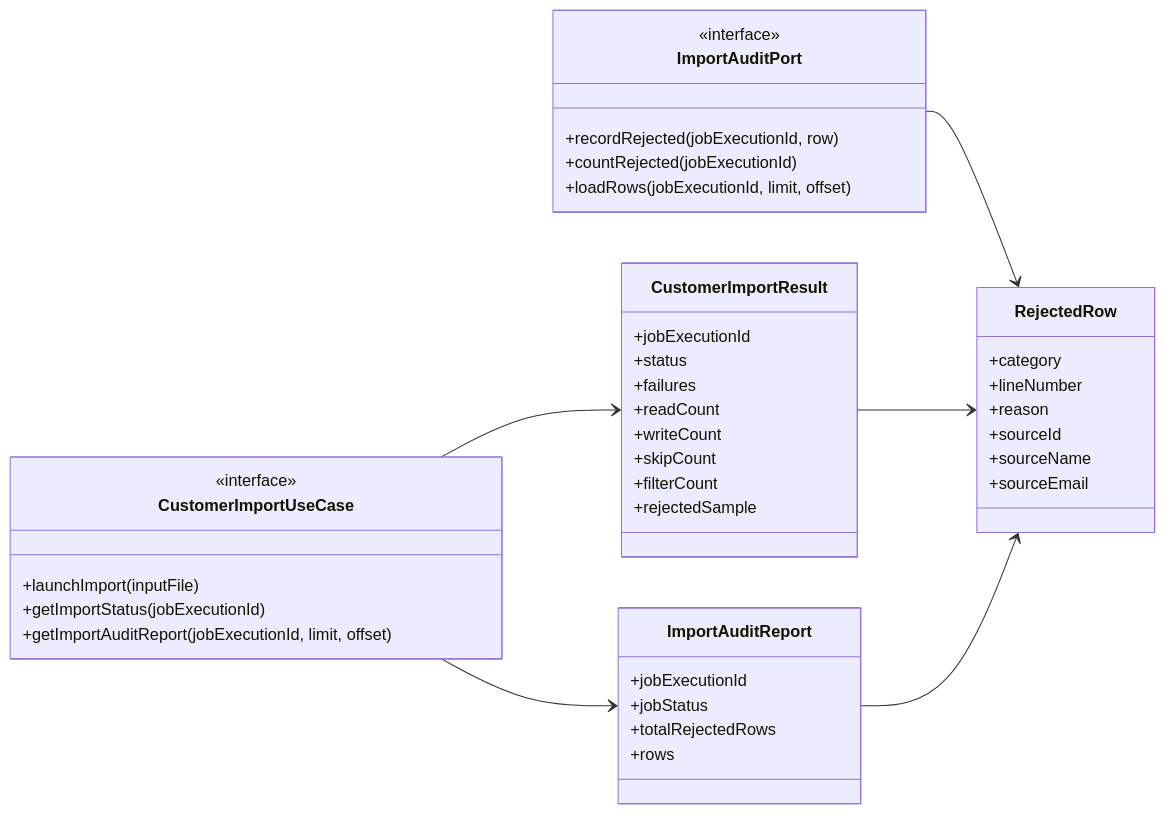
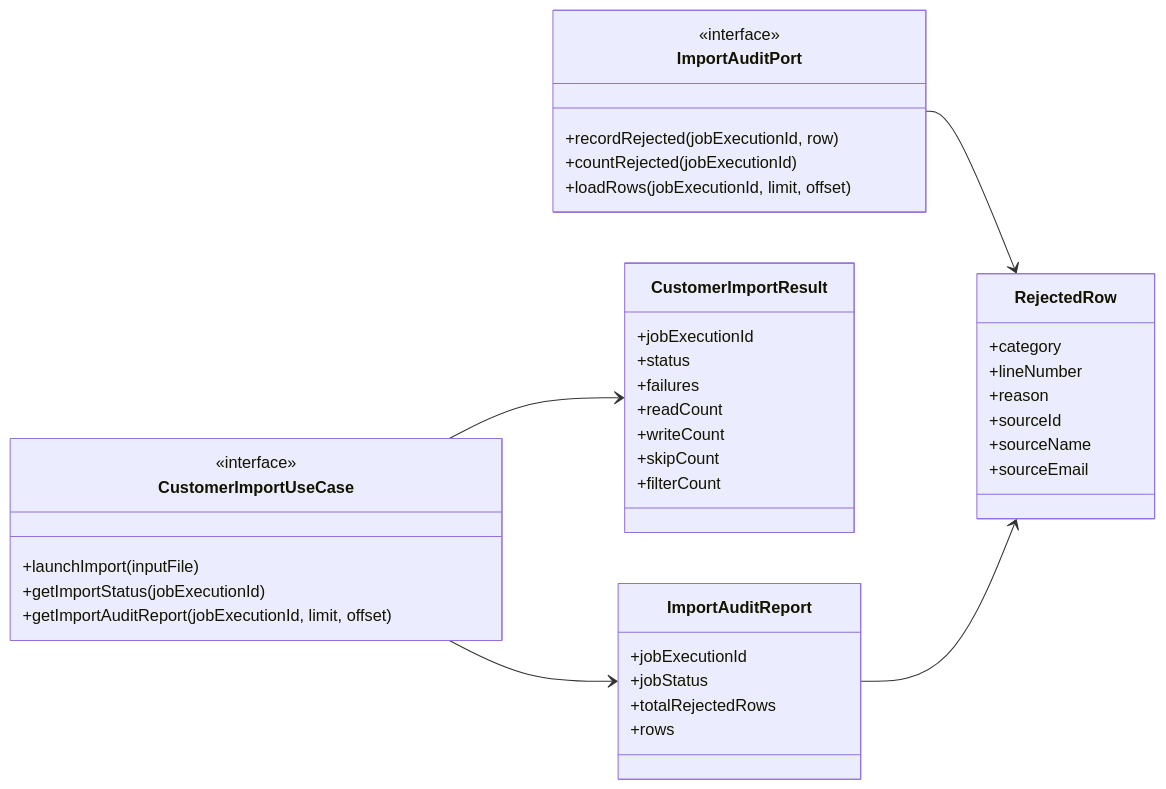
Before and after one commit to My-R360/spring-batch-demo: the third of 6 diagrams in slidev/slides-phase2.md, drawn with Mermaid. The commit also changed other lines of this file and 31 other files, not shown here.

````diff
--- a/slidev/slides-phase2.md
+++ b/slidev/slides-phase2.md
@@ -105,51 +105,49 @@
 ```mermaid
 classDiagram
 direction LR
 
 class CustomerImportUseCase {
   <<interface>>
   +launchImport(inputFile)
   +getImportStatus(jobExecutionId)
   +getImportAuditReport(jobExecutionId, limit, offset)
 }
 
 class ImportAuditPort {
   <<interface>>
   +recordRejected(jobExecutionId, row)
   +countRejected(jobExecutionId)
   +loadRows(jobExecutionId, limit, offset)
 }
 
 class CustomerImportResult {
   +jobExecutionId
   +status
   +failures
   +readCount
   +writeCount
   +skipCount
   +filterCount
-  +rejectedSample
 }
 
 class ImportAuditReport {
   +jobExecutionId
   +jobStatus
   +totalRejectedRows
   +rows
 }
 
 class RejectedRow {
   +category
   +lineNumber
   +reason
   +sourceId
   +sourceName
   +sourceEmail
 }
 
 CustomerImportUseCase --> CustomerImportResult
 CustomerImportUseCase --> ImportAuditReport
 ImportAuditPort --> RejectedRow
-CustomerImportResult --> RejectedRow
 ImportAuditReport --> RejectedRow
 ```
````
